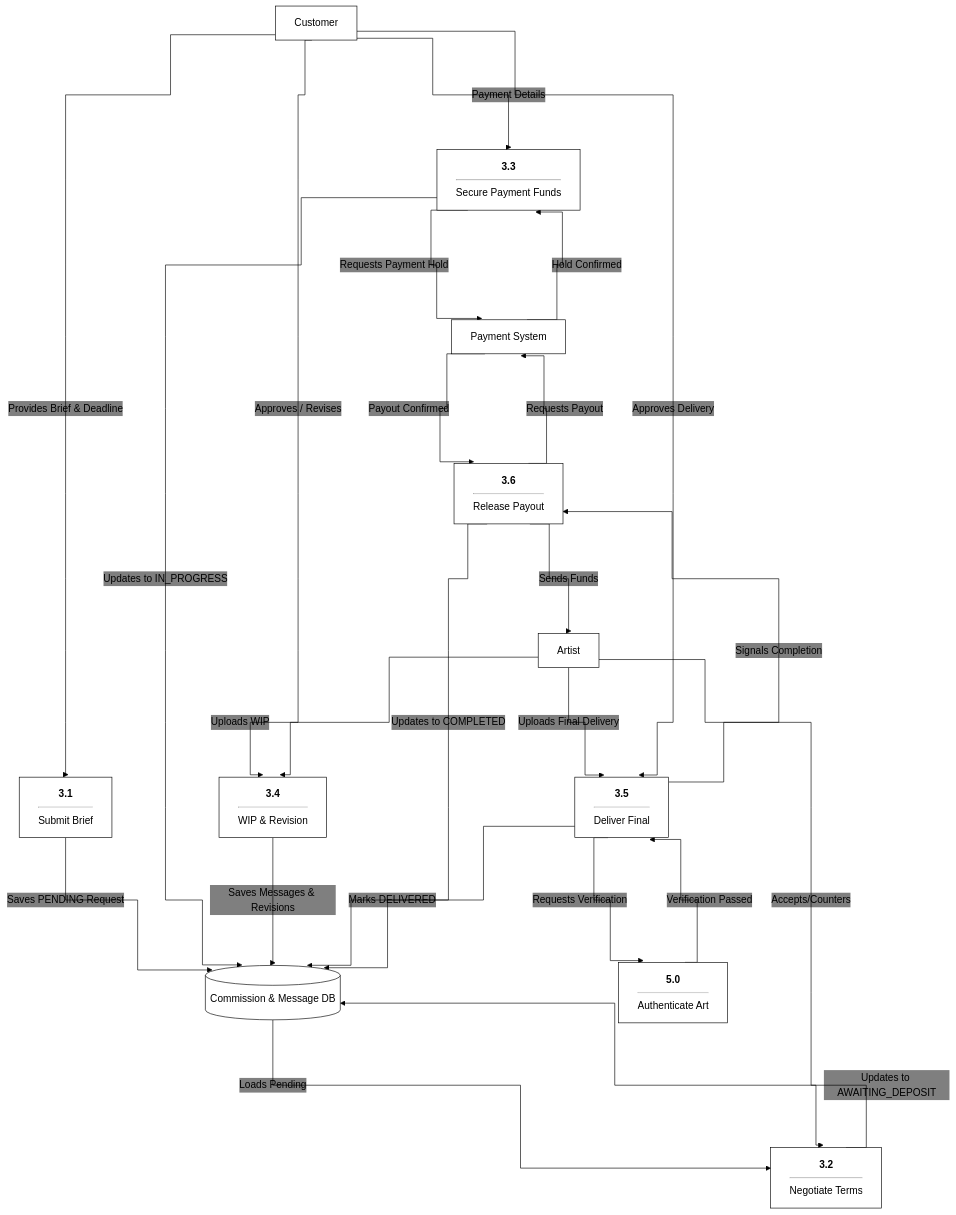
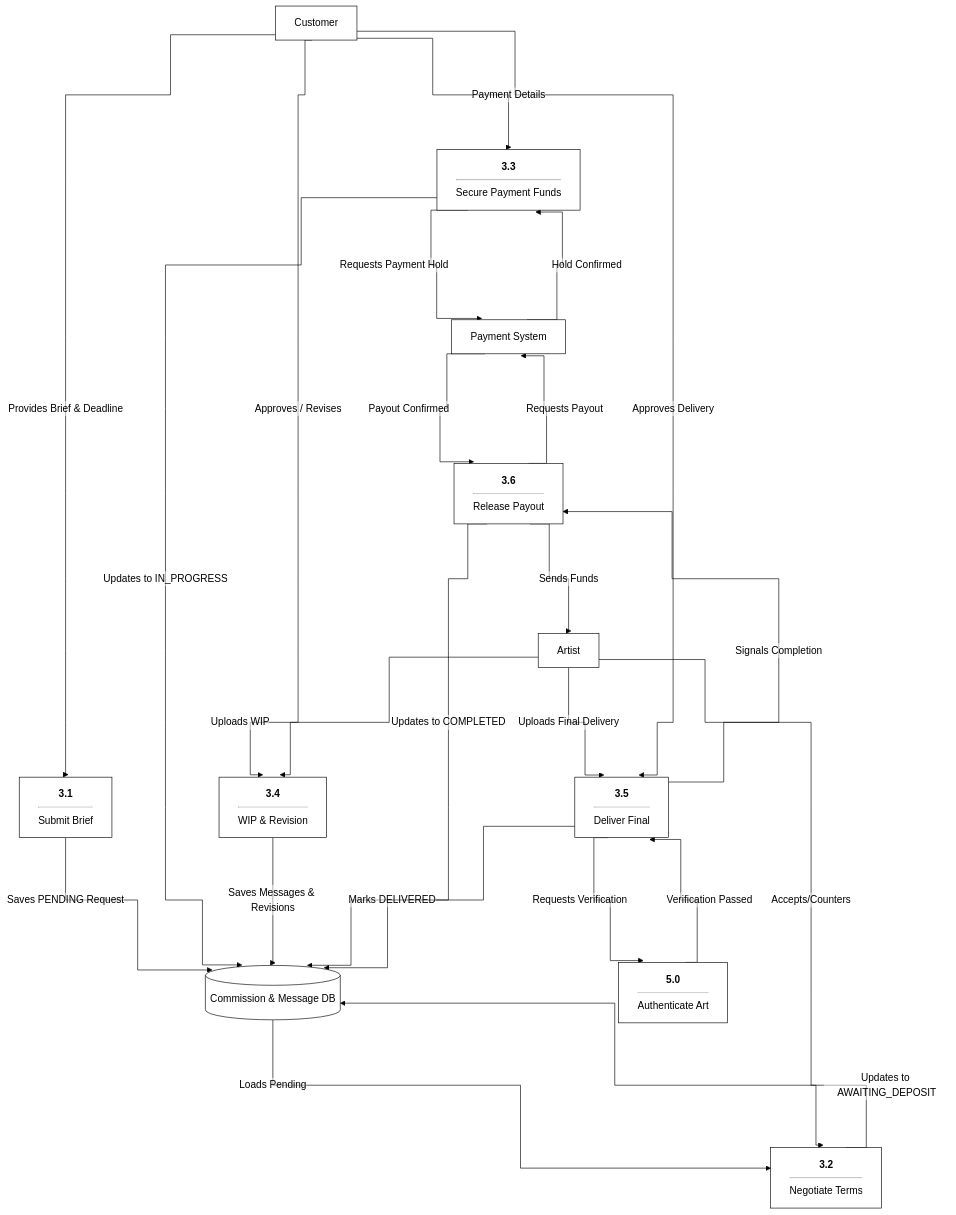
One commit to binssente-crypto/DFD changed the third of 3 diagrams in README.md. Above: the diagram before and after it, drawn with Mermaid. The commit also changed other lines of this file, not shown here.

Commit message:
Fix transparent background fallback to remove grey box on text labels

````diff
--- a/README.md
+++ b/README.md
@@ -89,49 +89,49 @@
 ```mermaid
-%%{init: { 'flowchart': { 'curve': 'step', 'nodeSpacing': 150, 'rankSpacing': 150 }, 'theme': 'base', 'themeVariables': { 'primaryColor': '#ffffff', 'primaryBorderColor': '#000000', 'primaryTextColor': '#000000', 'lineColor': '#000000', 'background': '#ffffff', 'edgeLabelBackground': 'transparent' } }}%%
+%%{init: { 'flowchart': { 'curve': 'step', 'nodeSpacing': 150, 'rankSpacing': 150 }, 'theme': 'base', 'themeVariables': { 'primaryColor': '#ffffff', 'primaryBorderColor': '#000000', 'primaryTextColor': '#000000', 'lineColor': '#000000', 'background': '#ffffff', 'edgeLabelBackground': 'rgba(255, 255, 255, 0)' } }}%%
 graph TD
     %% External Entities
     Customer[Customer]
     Artist[Artist]
     
     %% Stores & Services
     Database[(Commission & Message DB)]
     Payment[Payment System]
     P5["<b>5.0</b><hr/>Authenticate Art"]
     
     %% Sub-Processes
     P31["<b>3.1</b><hr/>Submit Brief"]
     P32["<b>3.2</b><hr/>Negotiate Terms"]
     P33["<b>3.3</b><hr/>Secure Payment Funds"]
     P34["<b>3.4</b><hr/>WIP & Revision"]
     P35["<b>3.5</b><hr/>Deliver Final"]
     P36["<b>3.6</b><hr/>Release Payout"]
     
     %% Flows
     Customer -- "Provides Brief & Deadline" --> P31
     P31 -- "Saves PENDING Request" --> Database
     
     Database -- "Loads Pending" --> P32
     Artist -- "Accepts/Counters" --> P32
     P32 -- "Updates to AWAITING_DEPOSIT" --> Database
     
     Customer -- "Payment Details" --> P33
     P33 -- "Requests Payment Hold" --> Payment
     Payment -- "Hold Confirmed" --> P33
     P33 -- "Updates to IN_PROGRESS" --> Database
     
     Artist -- "Uploads WIP" --> P34
     Customer -- "Approves / Revises" --> P34
     P34 -- "Saves Messages & Revisions" --> Database
     
     Artist -- "Uploads Final Delivery" --> P35
     P35 -- "Requests Verification" --> P5
     P5 -- "Verification Passed" --> P35
     Customer -- "Approves Delivery" --> P35
     P35 -- "Marks DELIVERED" --> Database
     
     P35 -- "Signals Completion" --> P36
     P36 -- "Requests Payout" --> Payment
     Payment -- "Payout Confirmed" --> P36
     P36 -- "Updates to COMPLETED" --> Database
     P36 -- "Sends Funds" --> Artist
 ```
````
